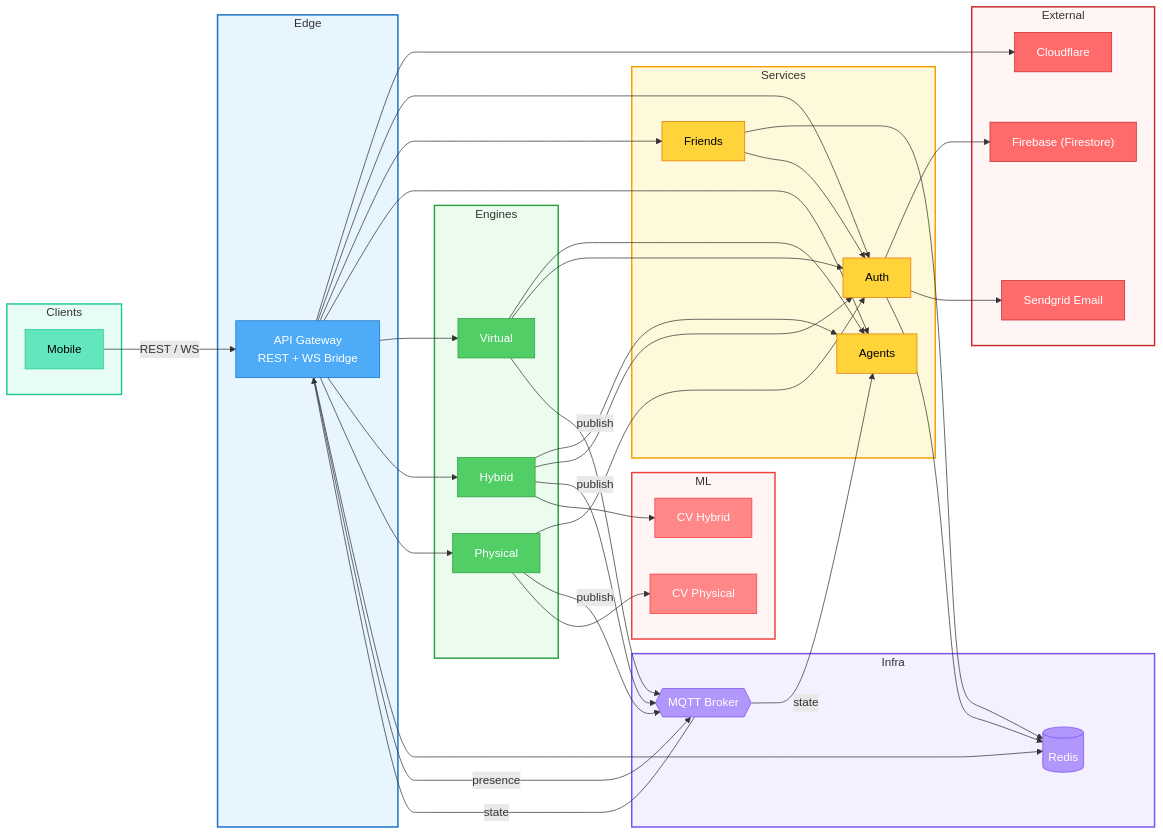
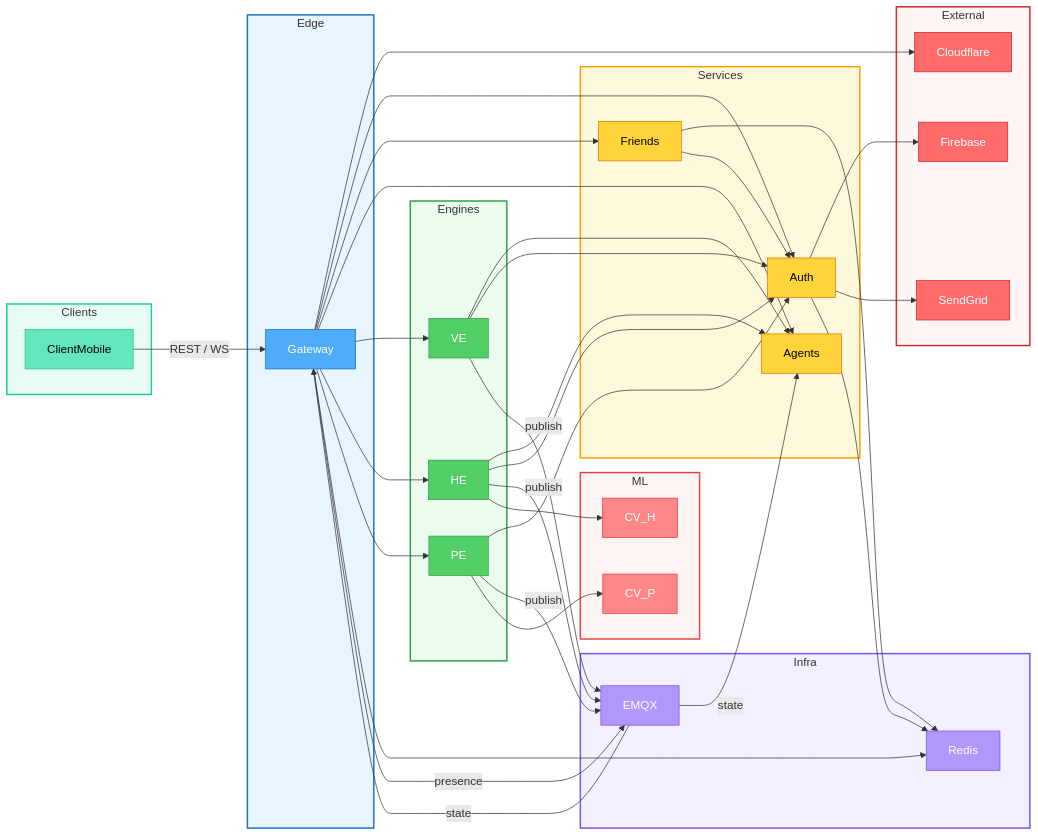
One commit to PEI09-25-26/Sueca changed the diagram in Docs/Arquitecture/final-arquitecture.md. Above: the diagram before and after it, drawn with Mermaid. The commit also changed 2 other files, not shown here.

Commit message:
architecture

```diff
--- a/Docs/Arquitecture/final-arquitecture.md
+++ b/Docs/Arquitecture/final-arquitecture.md
@@ -3,12 +3,12 @@
 
 %% ==================== CLIENTS ====================
 subgraph Clients
-    ClientMobile["Mobile"]
+    ClientMobile["ClientMobile"]
 end
 
 %% ==================== EDGE ====================
 subgraph Edge
-    Gateway["API Gateway<br/>REST + WS Bridge"]
+    Gateway["Gateway"]
 end
 
 %% ==================== SERVICES ====================
@@ -20,28 +20,28 @@
 
 %% ==================== ENGINES ====================
 subgraph Engines
-    VE["Virtual"]
-    HE["Hybrid"]
-    PE["Physical"]
+    VE["VE"]
+    HE["HE"]
+    PE["PE"]
 end
 
 %% ==================== ML ====================
 subgraph ML
-    CV_H["CV Hybrid"]
-    CV_P["CV Physical"]
+    CV_H["CV_H"]
+    CV_P["CV_P"]
 end
 
 %% ==================== INFRA ====================
 subgraph Infra
-    Redis[("Redis")]
-    EMQX{{"MQTT Broker"}}
+    Redis["Redis"]
+    EMQX["EMQX"]
 end
 
 %% ==================== EXTERNAL ====================
 subgraph External
     Cloudflare["Cloudflare"]
-    Firebase["Firebase (Firestore)"]
-    SendGrid["Sendgrid Email "]
+    Firebase["Firebase"]
+    SendGrid["SendGrid"]
 end
 
 %% ==================== FLOWS ====================
```
